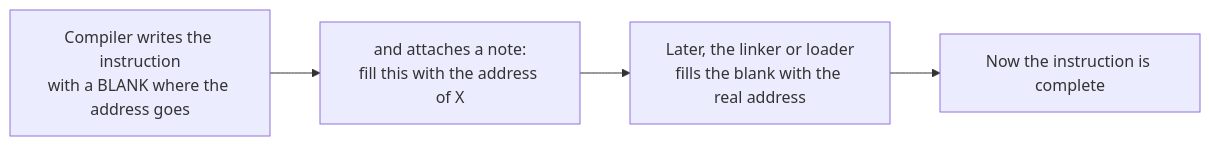
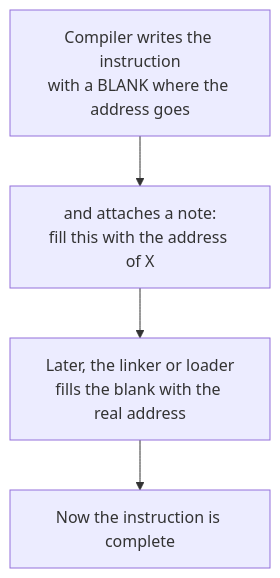
One commit to WildPress/vibesynd changed the diagram in docs/relocations-and-omf.md. Above: the diagram before and after it, drawn with Mermaid. The commit also changed 1 other file, not shown here.

Commit message:
docs: flip the two remaining LR diagrams to TD so they flow vertically on mobile

````diff
--- a/docs/relocations-and-omf.md
+++ b/docs/relocations-and-omf.md
@@ -23,6 +23,6 @@
 ```mermaid
-flowchart LR
+flowchart TD
     A[Compiler writes the instruction<br/>with a BLANK where the address goes] --> B[and attaches a note:<br/>fill this with the address of X]
     B --> C[Later, the linker or loader<br/>fills the blank with the real address]
     C --> D[Now the instruction is complete]
 ```
````
